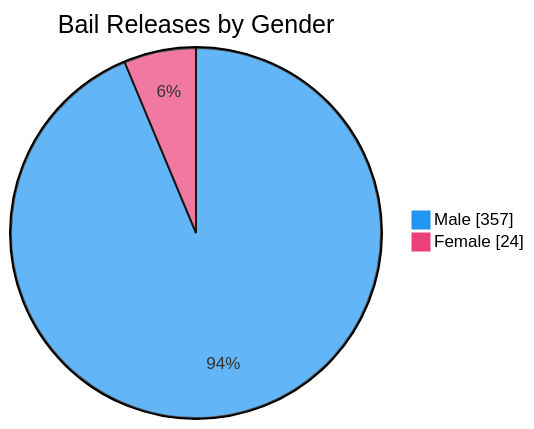
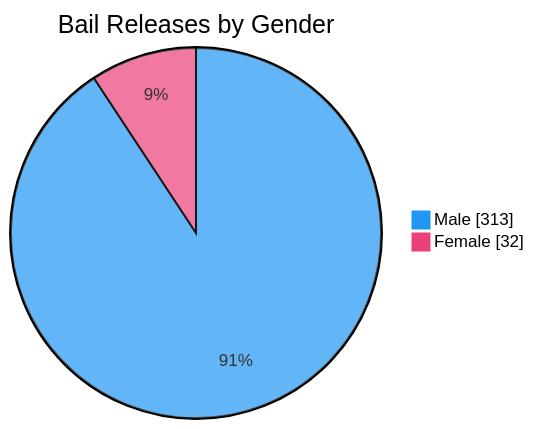
One commit to nuuuwan/lk_prisons changed the seventh of 7 diagrams in README.md. Above: the diagram before and after it, drawn with Mermaid. The commit also changed other lines of this file and 1 other file, not shown here.

````diff
--- a/README.md
+++ b/README.md
@@ -109,6 +109,6 @@
 ```mermaid
 %%{init: {'themeVariables': {'pie1': '#2196F3', 'pie2': '#EC407A'}}}%%
 pie showData title Bail Releases by Gender
-    "Male" : 357
-    "Female" : 24
+    "Male" : 313
+    "Female" : 32
 ```
````
